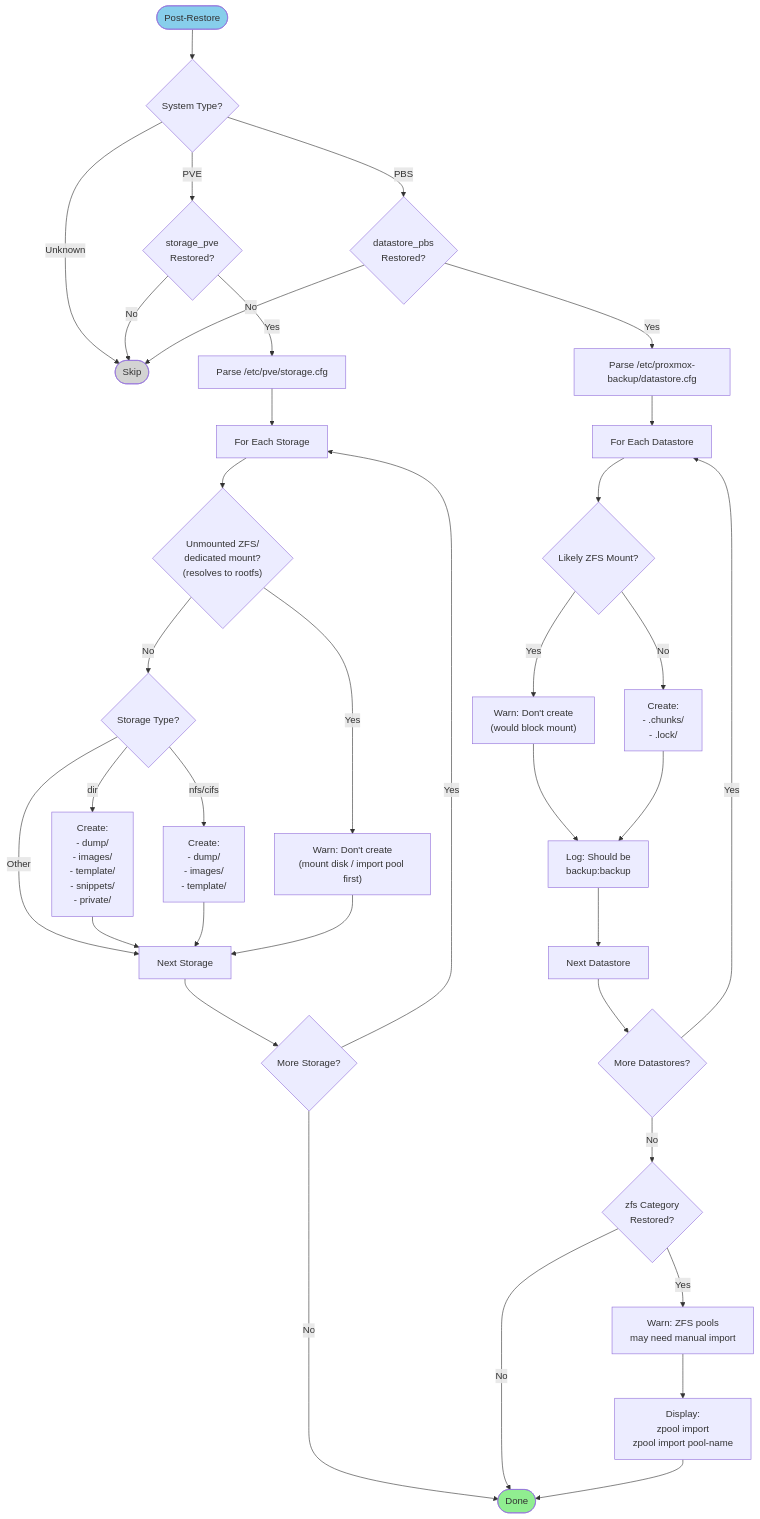
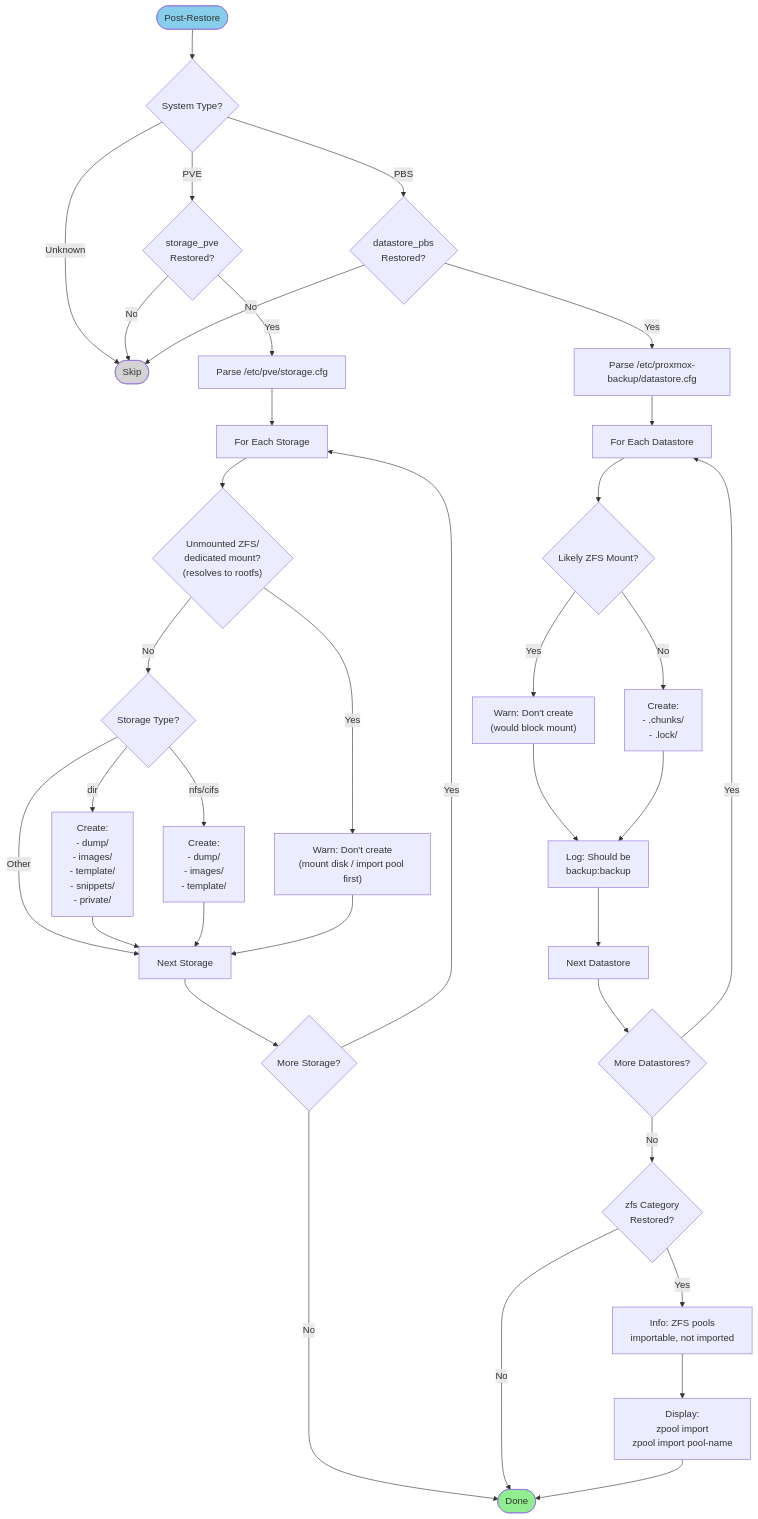
Before and after one commit to tis24dev/proxsave: diagram 11 of 13 in docs/RESTORE_DIAGRAMS.md, drawn with Mermaid. The commit also changed other lines of this file and 175 other files, not shown here.

````diff
--- a/docs/RESTORE_DIAGRAMS.md
+++ b/docs/RESTORE_DIAGRAMS.md
@@ -583,54 +610,54 @@
 ```mermaid
 flowchart TD
     Start([Post-Restore]) --> CheckSystem{System Type?}
 
     CheckSystem -->|PVE| CheckPVECat{storage_pve<br/>Restored?}
     CheckSystem -->|PBS| CheckPBSCat{datastore_pbs<br/>Restored?}
     CheckSystem -->|Unknown| Skip([Skip])
 
     CheckPVECat -->|No| Skip
     CheckPVECat -->|Yes| ParsePVE[Parse /etc/pve/storage.cfg]
 
     CheckPBSCat -->|No| Skip
     CheckPBSCat -->|Yes| ParsePBS[Parse /etc/proxmox-backup/datastore.cfg]
 
     ParsePVE --> LoopPVE[For Each Storage]
     LoopPVE --> CheckPVEMount{"Unmounted ZFS/<br/>dedicated mount?<br/>(resolves to rootfs)"}
 
     CheckPVEMount -->|Yes| WarnPVEMount["Warn: Don't create<br/>(mount disk / import pool first)"]
     CheckPVEMount -->|No| CheckPVEType{Storage Type?}
 
     CheckPVEType -->|dir| CreateDirStruct["Create:<br/>- dump/<br/>- images/<br/>- template/<br/>- snippets/<br/>- private/"]
     CheckPVEType -->|nfs/cifs| CreateNFSStruct["Create:<br/>- dump/<br/>- images/<br/>- template/"]
     CheckPVEType -->|Other| NextPVE[Next Storage]
 
     CreateDirStruct --> NextPVE
     CreateNFSStruct --> NextPVE
     WarnPVEMount --> NextPVE
     NextPVE --> MorePVE{More Storage?}
     MorePVE -->|Yes| LoopPVE
     MorePVE -->|No| Done([Done])
 
     ParsePBS --> LoopPBS[For Each Datastore]
     LoopPBS --> CheckZFSMount{Likely ZFS Mount?}
 
     CheckZFSMount -->|Yes| WarnZFS["Warn: Don't create<br/>(would block mount)"]
     CheckZFSMount -->|No| CreatePBSStruct["Create:<br/>- .chunks/<br/>- .lock/"]
 
     WarnZFS --> LogOwner["Log: Should be<br/>backup:backup"]
     CreatePBSStruct --> LogOwner
     LogOwner --> NextPBS[Next Datastore]
 
     NextPBS --> MorePBS{More Datastores?}
     MorePBS -->|Yes| LoopPBS
     MorePBS -->|No| CheckZFSCat{zfs Category<br/>Restored?}
 
-    CheckZFSCat -->|Yes| WarnZFSImport["Warn: ZFS pools<br/>may need manual import"]
+    CheckZFSCat -->|Yes| WarnZFSImport["Info: ZFS pools<br/>importable, not imported"]
     CheckZFSCat -->|No| Done
     WarnZFSImport --> DisplayCmds["Display:<br/>zpool import<br/>zpool import pool-name"]
     DisplayCmds --> Done
 
     style Start fill:#87CEEB
     style Done fill:#90EE90
     style Skip fill:#D3D3D3
 ```
````
